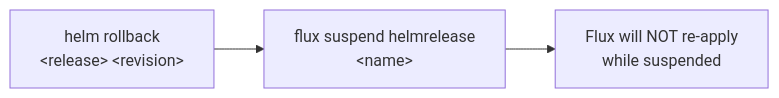
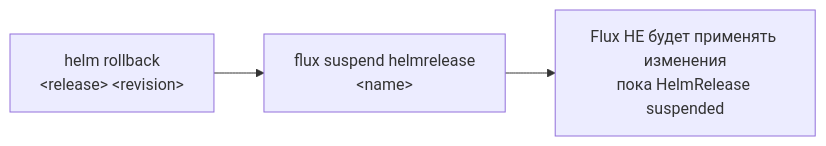
One commit to katamarina-ru/cozystack-website changed the sixth of 9 diagrams in content/en/docs/v1.3/guides/concepts.md. Above: the diagram before and after it, drawn with Mermaid. The commit also changed other lines of this file and 55 other files, not shown here.

````diff
--- a/content/en/docs/v1.3/guides/concepts.md
+++ b/content/en/docs/v1.3/guides/concepts.md
@@ -240,8 +240,8 @@
 ```mermaid
 flowchart LR
     ROLLBACK["helm rollback<br/>&lt;release&gt; &lt;revision&gt;"]
     SUSPEND["flux suspend helmrelease<br/>&lt;name&gt;"]
-    NOTE["Flux will NOT re-apply<br/>while suspended"]
+    NOTE["Flux НЕ будет применять изменения<br/>пока HelmRelease suspended"]
 
     ROLLBACK --> SUSPEND --> NOTE
 ```
````
